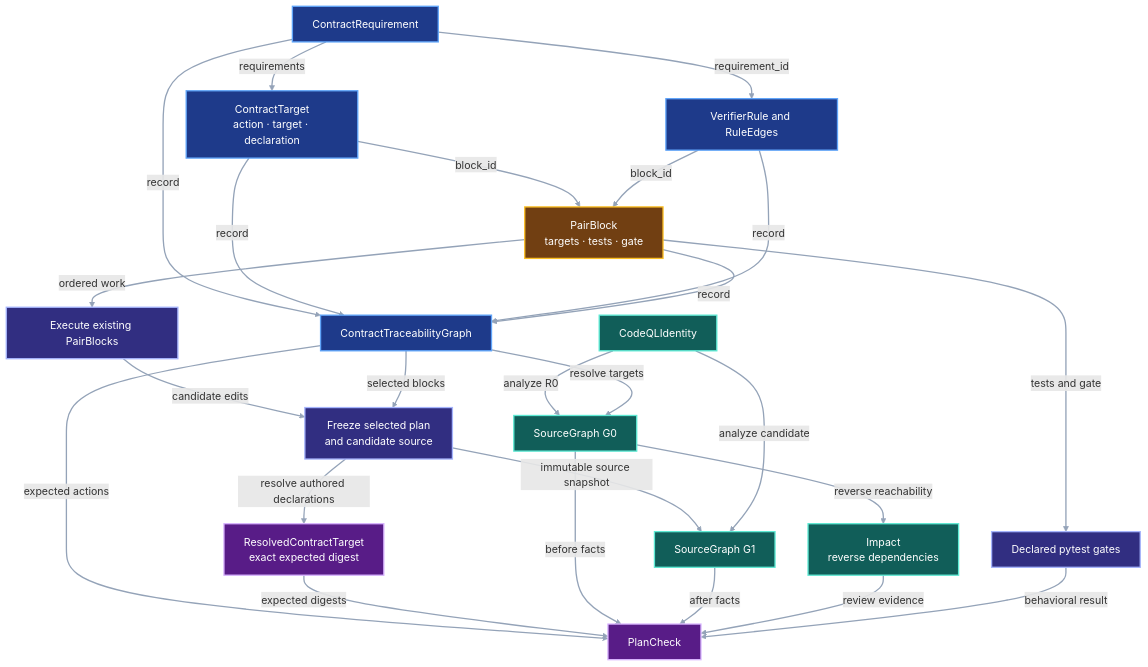
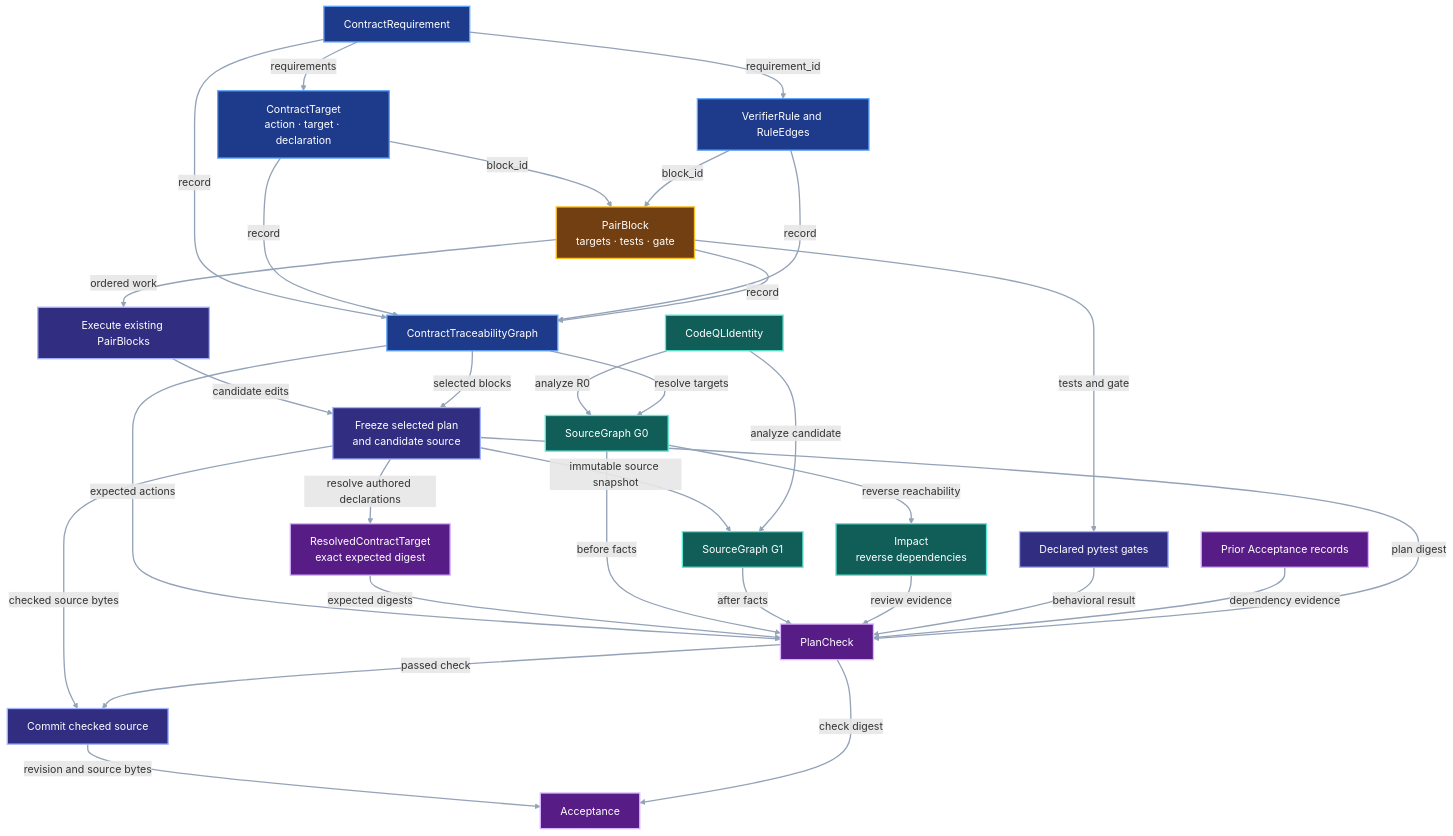
Before and after one commit to pvd232/viper: the third of 3 diagrams in docs/development/system-impact-compiler.md, drawn with Mermaid. The commit also changed other lines of this file and 4 other files, not shown here.

````diff
--- a/docs/development/system-impact-compiler.md
+++ b/docs/development/system-impact-compiler.md
@@ -159,54 +183,63 @@
 ```mermaid
 flowchart TB
     Requirement["ContractRequirement"]
     Target["ContractTarget<br/>action · target · declaration"]
     Rule["VerifierRule and RuleEdges"]
     Block["PairBlock<br/>targets · tests · gate"]
     CTG["ContractTraceabilityGraph"]
     CodeQL["CodeQLIdentity"]
     G0["SourceGraph G0"]
     Impact["Impact<br/>reverse dependencies"]
     Execute["Execute existing PairBlocks"]
     Freeze["Freeze selected plan<br/>and candidate source"]
     G1["SourceGraph G1"]
     Resolved["ResolvedContractTarget<br/>exact expected digest"]
     Check["PlanCheck"]
     Tests["Declared pytest gates"]
+    Prior["Prior Acceptance records"]
+    Commit["Commit checked source"]
+    Acceptance["Acceptance"]
 
     Requirement -->|"requirements"| Target
     Requirement -->|"requirement_id"| Rule
     Target -->|"block_id"| Block
     Rule -->|"block_id"| Block
     Requirement -->|"record"| CTG
     Target -->|"record"| CTG
     Rule -->|"record"| CTG
     Block -->|"record"| CTG
     CodeQL -->|"analyze R0"| G0
     CTG -->|"resolve targets"| G0
     G0 -->|"reverse reachability"| Impact
     Block -->|"ordered work"| Execute
     Execute -->|"candidate edits"| Freeze
     CTG -->|"selected blocks"| Freeze
     Freeze -->|"immutable source snapshot"| G1
     Freeze -->|"resolve authored declarations"| Resolved
     CodeQL -->|"analyze candidate"| G1
     CTG -->|"expected actions"| Check
     Resolved -->|"expected digests"| Check
     G0 -->|"before facts"| Check
     G1 -->|"after facts"| Check
     Impact -->|"review evidence"| Check
     Block -->|"tests and gate"| Tests
     Tests -->|"behavioral result"| Check
+    Prior -->|"dependency evidence"| Check
+    Freeze -->|"plan digest"| Check
+    Freeze -->|"checked source bytes"| Commit
+    Check -->|"passed check"| Commit
+    Commit -->|"revision and source bytes"| Acceptance
+    Check -->|"check digest"| Acceptance
 
     class Requirement,Target,Rule,CTG contract
     class Block checklist
     class CodeQL,G0,G1,Impact evidence
-    class Execute,Freeze,Tests implementation
-    class Resolved,Check output
+    class Execute,Freeze,Tests,Commit implementation
+    class Resolved,Prior,Check,Acceptance output
     classDef contract fill:#1e3a8a,stroke:#60a5fa,color:#ffffff,stroke-width:2px
     classDef checklist fill:#713f12,stroke:#fbbf24,color:#ffffff,stroke-width:2px
     classDef evidence fill:#115e59,stroke:#5eead4,color:#ffffff,stroke-width:2px
     classDef implementation fill:#312e81,stroke:#a5b4fc,color:#ffffff,stroke-width:2px
     classDef output fill:#581c87,stroke:#d8b4fe,color:#ffffff,stroke-width:2px
     linkStyle default stroke:#94a3b8,stroke-width:2px
 ```
````
